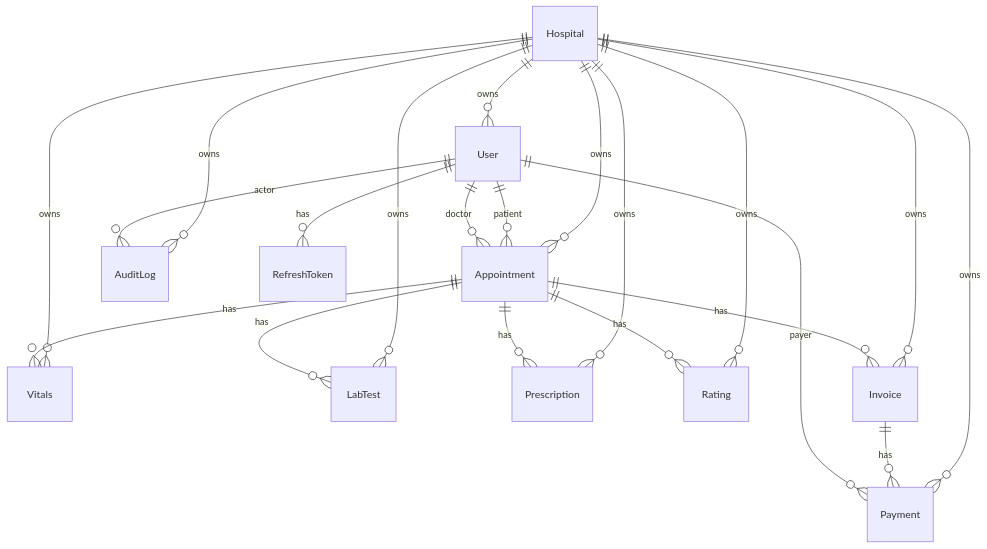
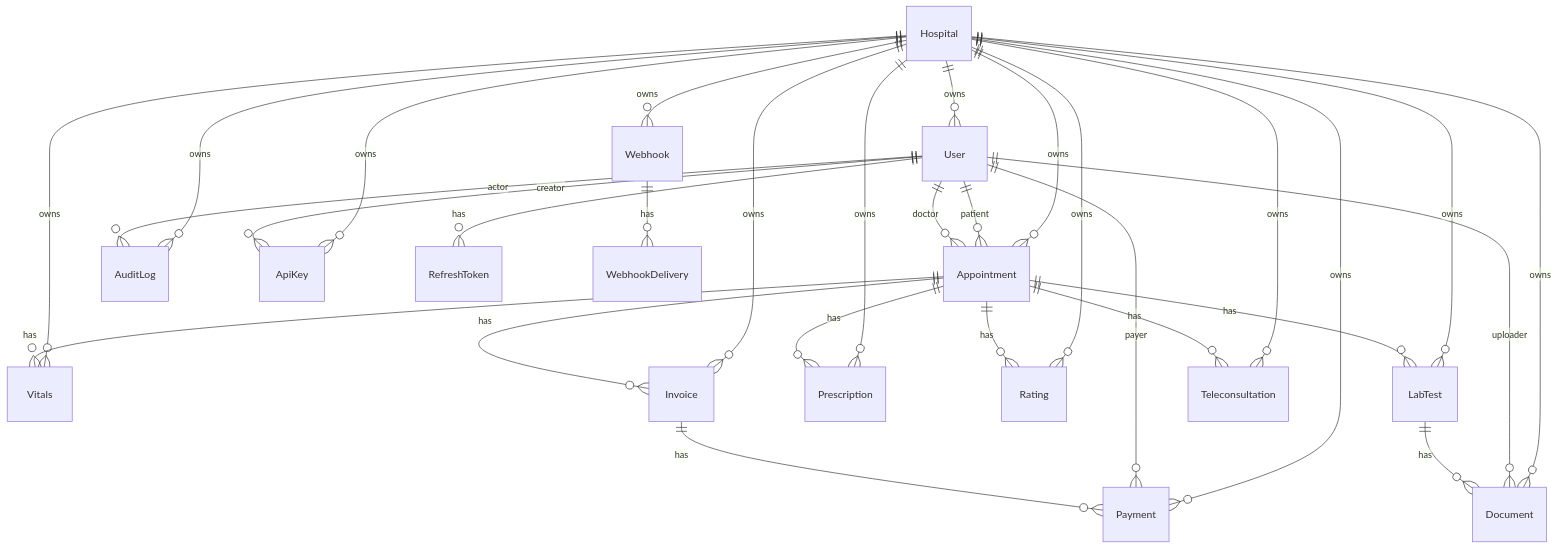
Before and after one commit to eklavyamathur9/pulse-hms-platform: the eighth of 10 diagrams in docs/architecture.md, drawn with Mermaid. The commit also changed other lines of this file and 10 other files, not shown here.

````diff
--- a/docs/architecture.md
+++ b/docs/architecture.md
@@ -287,24 +576,35 @@
 ```mermaid
 erDiagram
   Hospital ||--o{ User : owns
   Hospital ||--o{ Appointment : owns
   Hospital ||--o{ Vitals : owns
   Hospital ||--o{ LabTest : owns
   Hospital ||--o{ Prescription : owns
   Hospital ||--o{ Rating : owns
   Hospital ||--o{ Invoice : owns
   Hospital ||--o{ Payment : owns
   Hospital ||--o{ AuditLog : owns
+  Hospital ||--o{ Document : owns
+  Hospital ||--o{ ApiKey : owns
+  Hospital ||--o{ Webhook : owns
+  Hospital ||--o{ Teleconsultation : owns
 
+  User ||--o{ RefreshToken : has
   User ||--o{ Appointment : patient
   User ||--o{ Appointment : doctor
+  User ||--o{ Payment : payer
+  User ||--o{ AuditLog : actor
+  User ||--o{ Document : uploader
+  User ||--o{ ApiKey : creator
+
   Appointment ||--o{ Vitals : has
   Appointment ||--o{ LabTest : has
   Appointment ||--o{ Prescription : has
   Appointment ||--o{ Rating : has
   Appointment ||--o{ Invoice : has
+  Appointment ||--o{ Teleconsultation : has
+
   Invoice ||--o{ Payment : has
-  User ||--o{ Payment : payer
-  User ||--o{ AuditLog : actor
-  User ||--o{ RefreshToken : has
+  Webhook ||--o{ WebhookDelivery : has
+  LabTest ||--o{ Document : has
 ```
````
